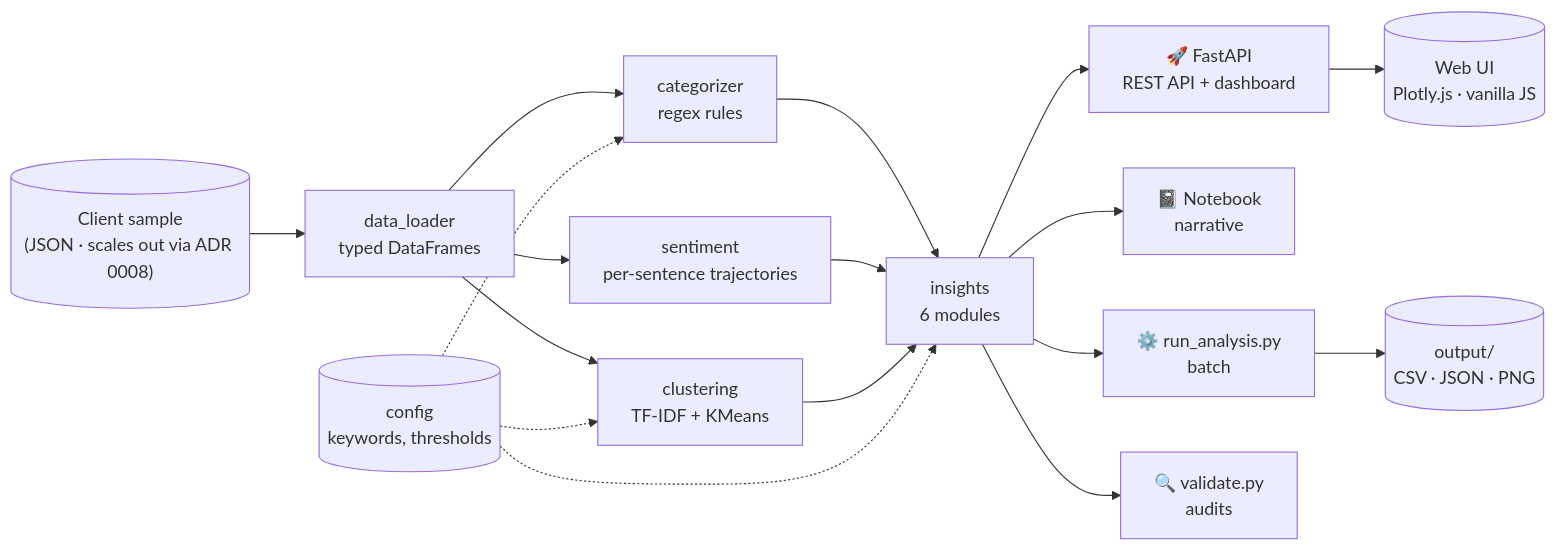
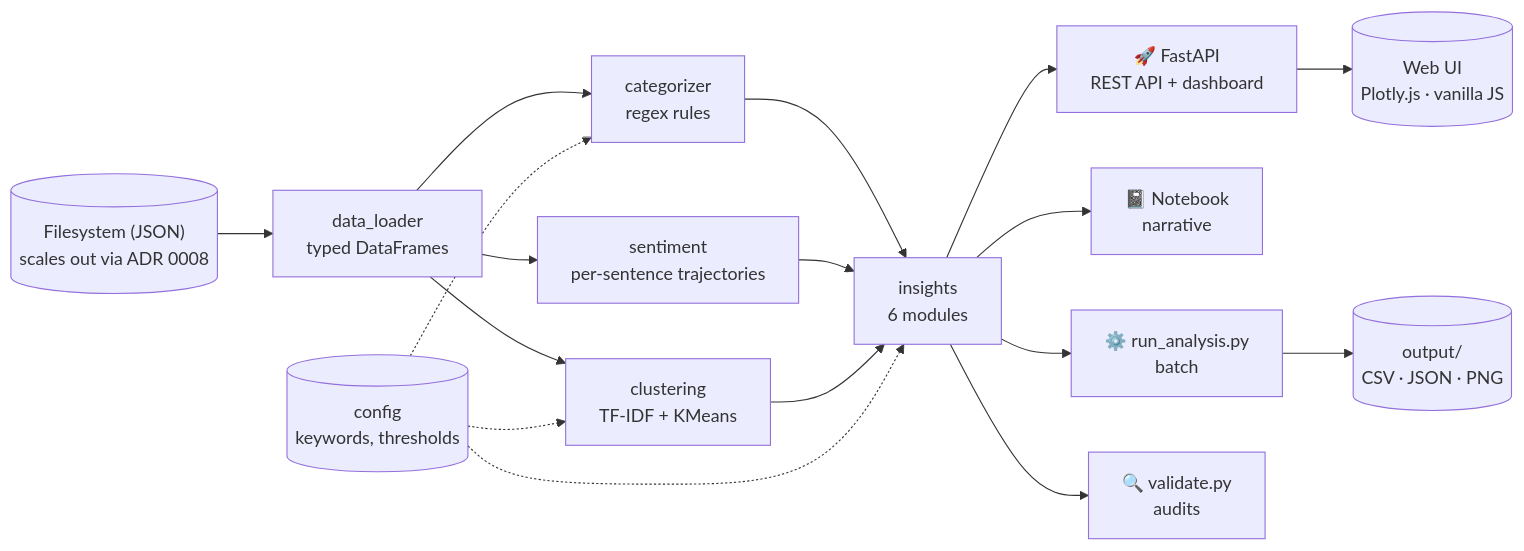
Before and after one commit to r2st/rubrik: the first of 2 diagrams in README.md, drawn with Mermaid. The commit also changed other lines of this file and 13 other files, not shown here.

````diff
--- a/README.md
+++ b/README.md
@@ -132,24 +132,24 @@
 ```mermaid
 flowchart LR
-    Data[("Client sample<br/>(JSON · scales out via ADR 0008)")] --> Loader["data_loader<br/>typed DataFrames"]
+    Data[("Filesystem (JSON)<br/>scales out via ADR 0008")] --> Loader["data_loader<br/>typed DataFrames"]
 
     Loader --> Categorizer["categorizer<br/>regex rules"]
     Loader --> Sentiment["sentiment<br/>per-sentence trajectories"]
     Loader --> Clustering["clustering<br/>TF-IDF + KMeans"]
 
     Categorizer --> Insights["insights<br/>6 modules"]
     Sentiment --> Insights
     Clustering --> Insights
 
     Config[("config<br/>keywords, thresholds")] -.-> Categorizer
     Config -.-> Clustering
     Config -.-> Insights
 
     Insights --> API["🚀 FastAPI<br/>REST API + dashboard"]
     Insights --> Notebook["📓 Notebook<br/>narrative"]
     Insights --> CLI["⚙️ run_analysis.py<br/>batch"]
     Insights --> Validator["🔍 validate.py<br/>audits"]
 
     API --> Web[("Web UI<br/>Plotly.js · vanilla JS")]
     CLI --> Out[("output/<br/>CSV · JSON · PNG")]
 ```
````
